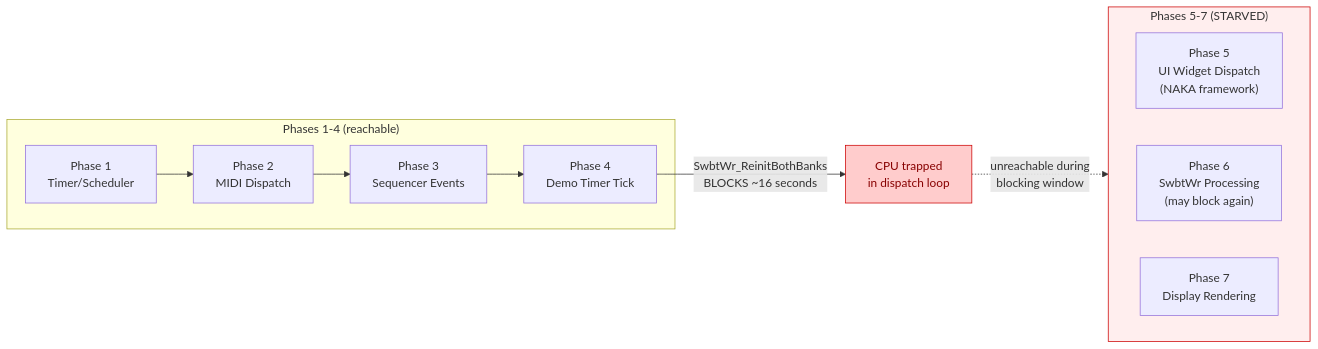
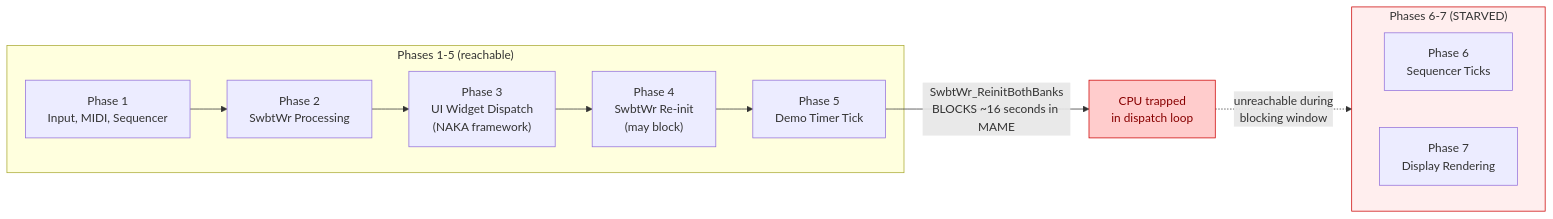
The fourth of 4 diagrams in swbwr-tone-init.md (ArqueologiaDigital/technics-docs), drawn with Mermaid before and after one commit. The commit also changed other lines of this file and 1 other file, not shown here.

First line of the commit message:
audio-subsystem, swbwr-tone-init: correct stale and refuted claims

````diff
--- a/swbwr-tone-init.md
+++ b/swbwr-tone-init.md
@@ -296,22 +290,22 @@
 ```mermaid
 flowchart LR
-    subgraph REACHABLE["Phases 1-4 (reachable)"]
-        P1["Phase 1<br/>Timer/Scheduler"] --> P2["Phase 2<br/>MIDI Dispatch"]
-        P2 --> P3["Phase 3<br/>Sequencer Events"]
-        P3 --> P4["Phase 4<br/>Demo Timer Tick"]
+    subgraph REACHABLE["Phases 1-5 (reachable)"]
+        P1["Phase 1<br/>Input, MIDI, Sequencer"] --> P2["Phase 2<br/>SwbtWr Processing"]
+        P2 --> P3["Phase 3<br/>UI Widget Dispatch<br/>(NAKA framework)"]
+        P3 --> P4["Phase 4<br/>SwbtWr Re-init<br/>(may block)"]
+        P4 --> P5["Phase 5<br/>Demo Timer Tick"]
     end
 
-    P4 -->|"SwbtWr_ReinitBothBanks<br/>BLOCKS ~16 seconds"| BLOCK["CPU trapped<br/>in dispatch loop"]
+    P5 -->|"SwbtWr_ReinitBothBanks<br/>BLOCKS ~16 seconds in MAME"| BLOCK["CPU trapped<br/>in dispatch loop"]
 
-    subgraph STARVED["Phases 5-7 (STARVED)"]
+    subgraph STARVED["Phases 6-7 (STARVED)"]
         direction LR
-        P5["Phase 5<br/>UI Widget Dispatch<br/>(NAKA framework)"]
-        P6["Phase 6<br/>SwbtWr Processing<br/>(may block again)"]
+        P6["Phase 6<br/>Sequencer Ticks"]
         P7["Phase 7<br/>Display Rendering"]
     end
 
     BLOCK -.->|"unreachable during<br/>blocking window"| STARVED
 
     style BLOCK fill:#fcc,stroke:#c00,color:#800
     style STARVED fill:#fee,stroke:#c00
 ```
````
